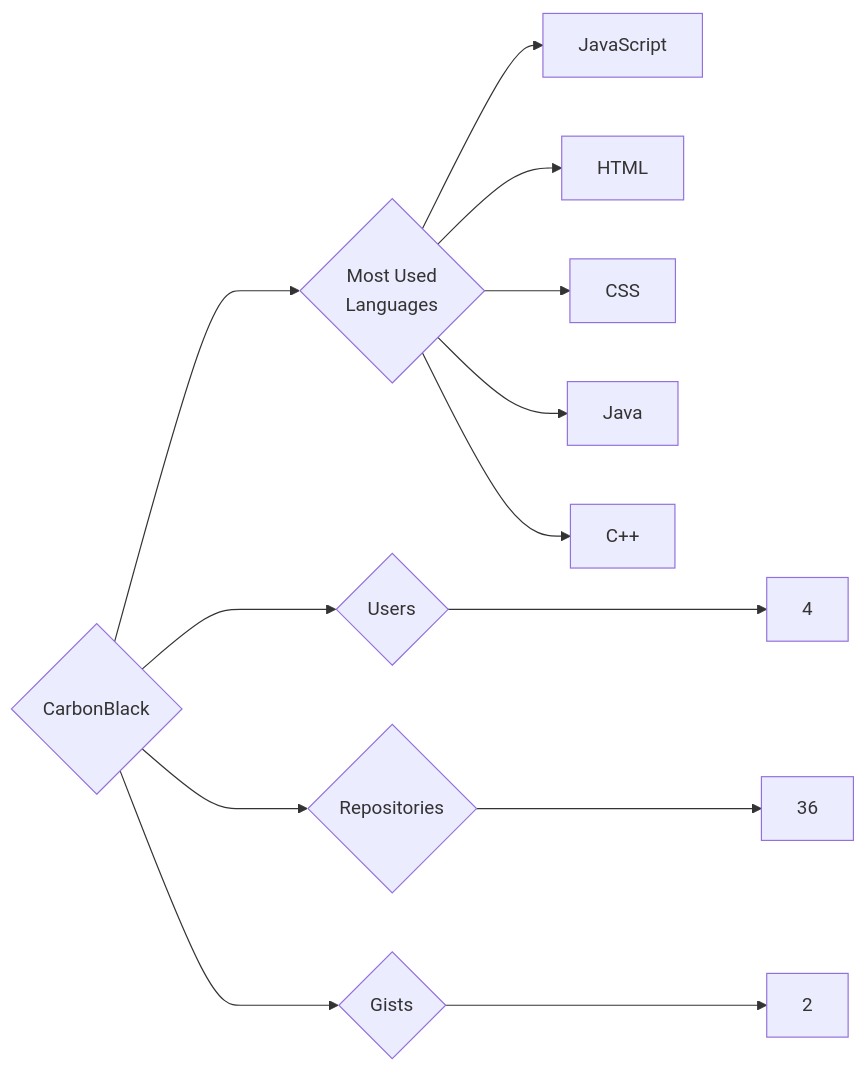
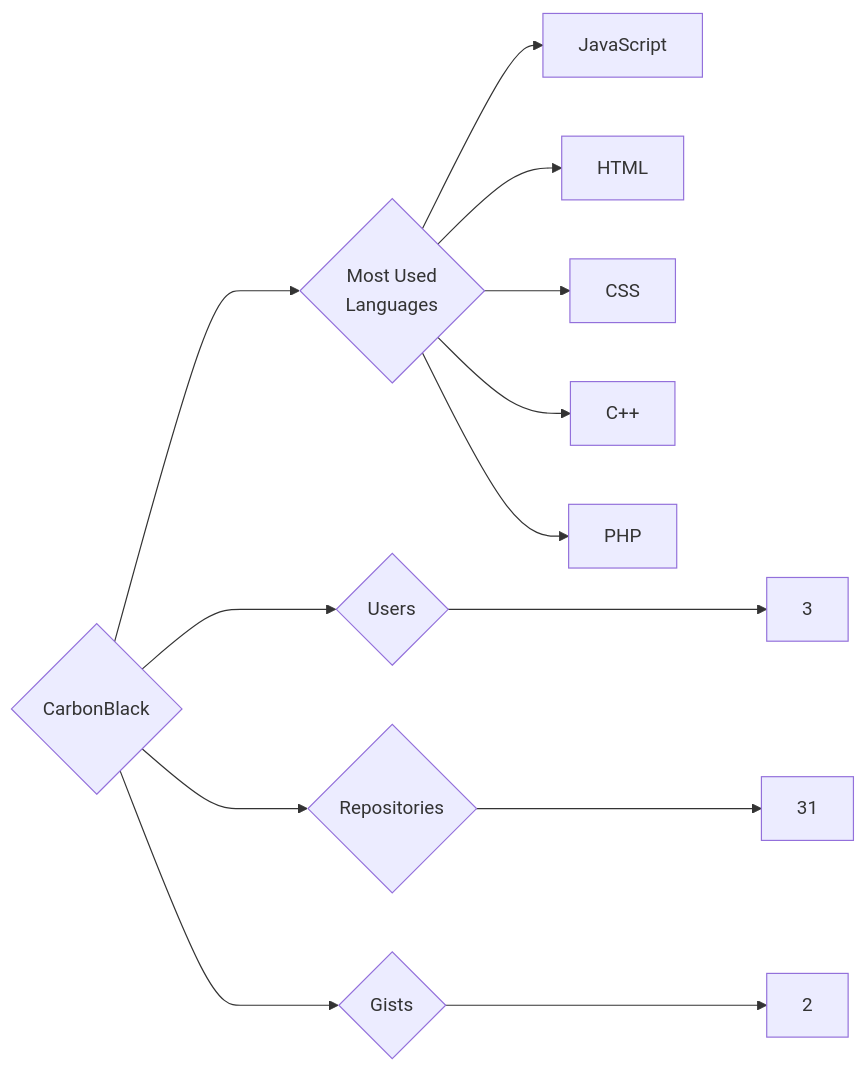
The diagram in targets/CarbonBlack/README.md (trickest/insiders), drawn with Mermaid before and after one commit. The commit also changed 927 other files, not shown here.

````diff
--- a/targets/CarbonBlack/README.md
+++ b/targets/CarbonBlack/README.md
@@ -3,13 +3,13 @@
 ```mermaid
 graph LR
 COMPANY_NAME{CarbonBlack}
-COMPANY_NAME ---> U{Users} ---> UN[4]
-COMPANY_NAME ---> R{Repositories} ---> RN[36]
+COMPANY_NAME ---> U{Users} ---> UN[3]
+COMPANY_NAME ---> R{Repositories} ---> RN[31]
 COMPANY_NAME ---> G{Gists} ---> GN[2]
 COMPANY_NAME ---> ML{Most Used<br>Languages}
 ML --> JavaScript[JavaScript]
 ML --> HTML[HTML]
 ML --> CSS[CSS]
-ML --> Java[Java]
 ML --> C++[C++]
+ML --> PHP[PHP]
 ```
````
